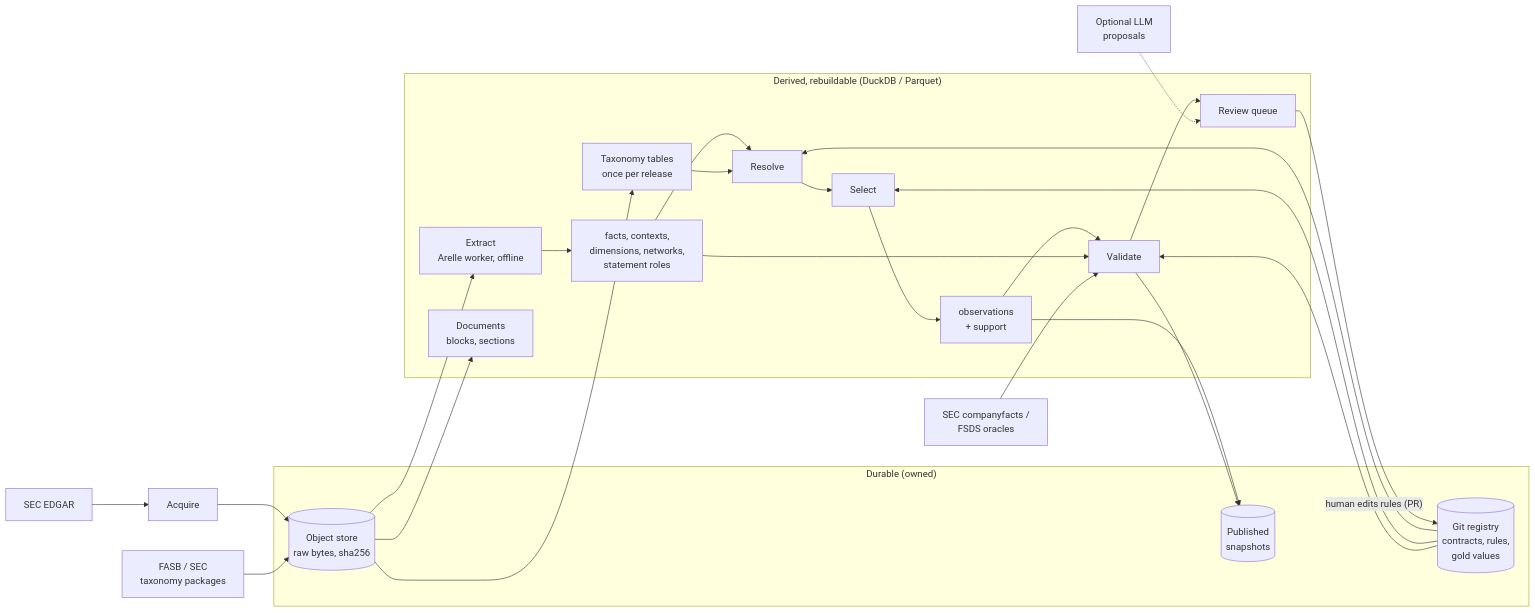
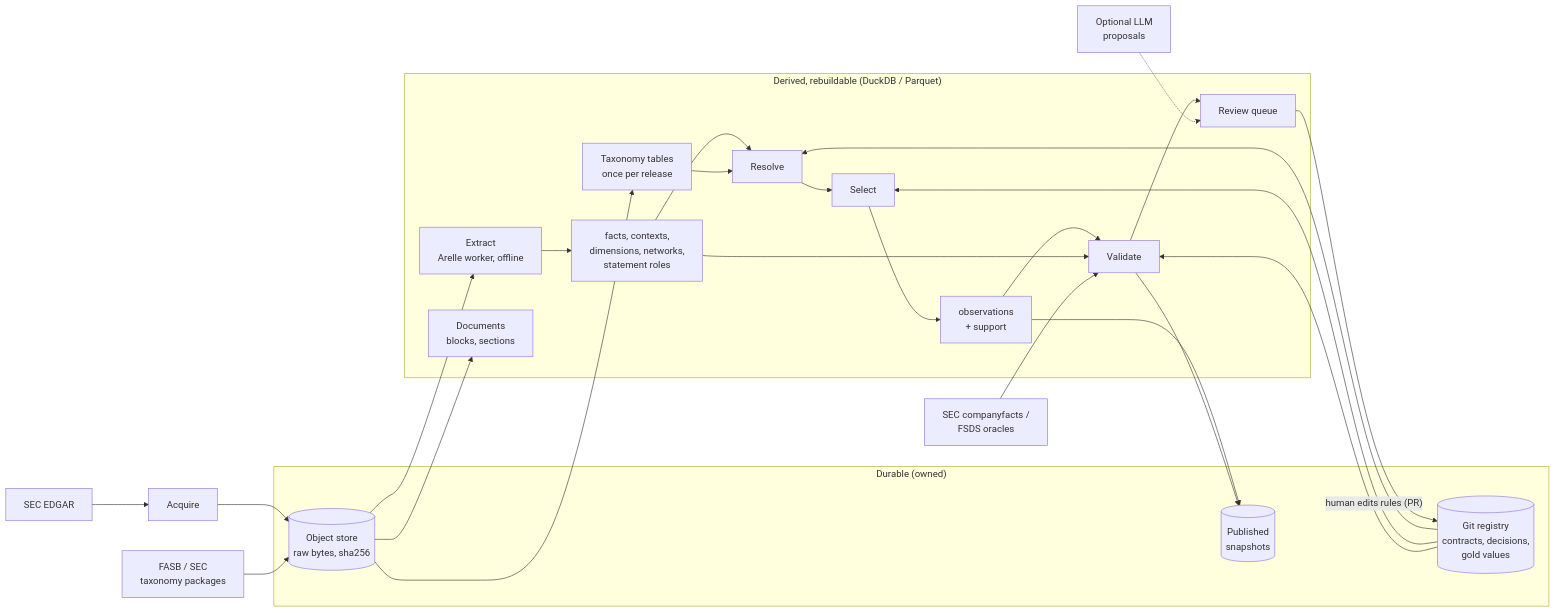
One commit to HagbardCel/edgar changed the diagram in docs/assessment-2026-09/04-target-architecture.md. Above: the diagram before and after it, drawn with Mermaid. The commit also changed other lines of this file and 11 other files, not shown here.

````diff
--- a/docs/assessment-2026-09/04-target-architecture.md
+++ b/docs/assessment-2026-09/04-target-architecture.md
@@ -37,42 +37,42 @@
 ```mermaid
 flowchart LR
   SEC[SEC EDGAR]
   TAXSRC[FASB / SEC<br/>taxonomy packages]
   ORA[SEC companyfacts /<br/>FSDS oracles]
   LLM[Optional LLM<br/>proposals]
   subgraph Durable["Durable (owned)"]
     OBJ[(Object store<br/>raw bytes, sha256)]
-    GIT[(Git registry<br/>contracts, rules,<br/>gold values)]
+    GIT[(Git registry<br/>contracts, decisions,<br/>gold values)]
     PUB[(Published<br/>snapshots)]
   end
   subgraph Derived["Derived, rebuildable (DuckDB / Parquet)"]
     EXT[Extract<br/>Arelle worker, offline]
     TAX[Taxonomy tables<br/>once per release]
     DOC[Documents<br/>blocks, sections]
     FACTS[facts, contexts,<br/>dimensions, networks,<br/>statement roles]
     RES[Resolve]
     SEL[Select]
     OBS[observations<br/>+ support]
     VAL[Validate]
     Q[Review queue]
   end
   SEC --> ACQ[Acquire] --> OBJ
   TAXSRC --> OBJ
   OBJ --> EXT --> FACTS
   OBJ --> TAX
   OBJ --> DOC
   FACTS --> RES
   TAX --> RES
   GIT --> RES
   RES --> SEL
   GIT --> SEL
   SEL --> OBS --> VAL
   FACTS --> VAL
   ORA --> VAL
   GIT --> VAL
   VAL --> Q
   LLM -.-> Q
   Q -- "human edits rules (PR)" --> GIT
   OBS --> PUB
   VAL --> PUB
 ```
````
